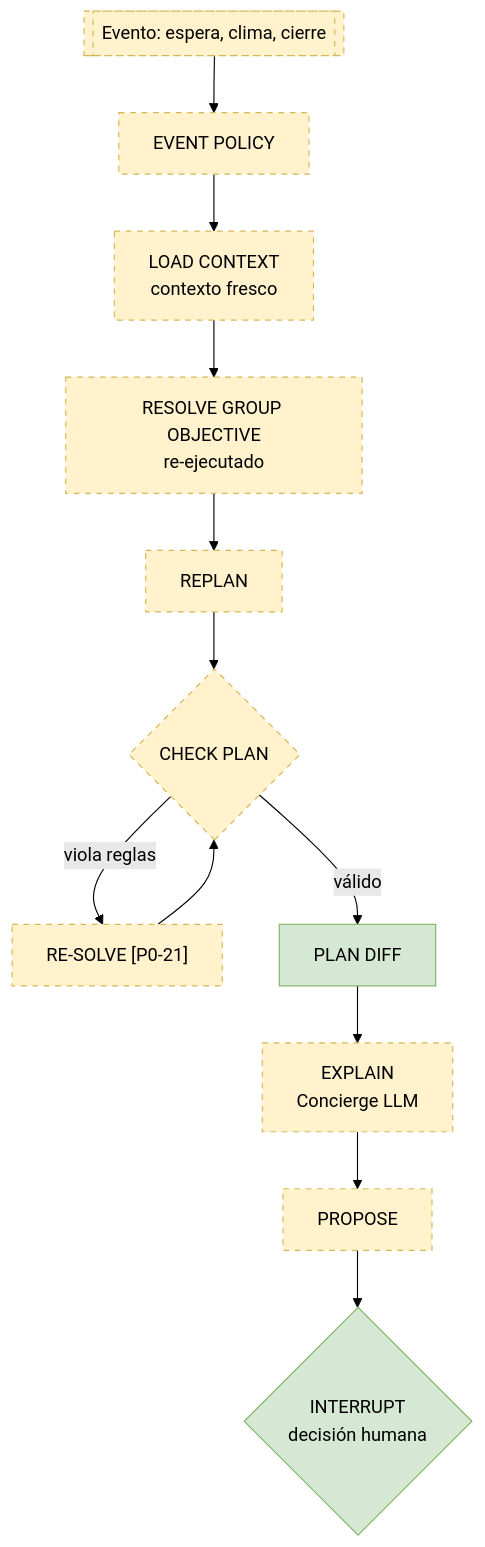
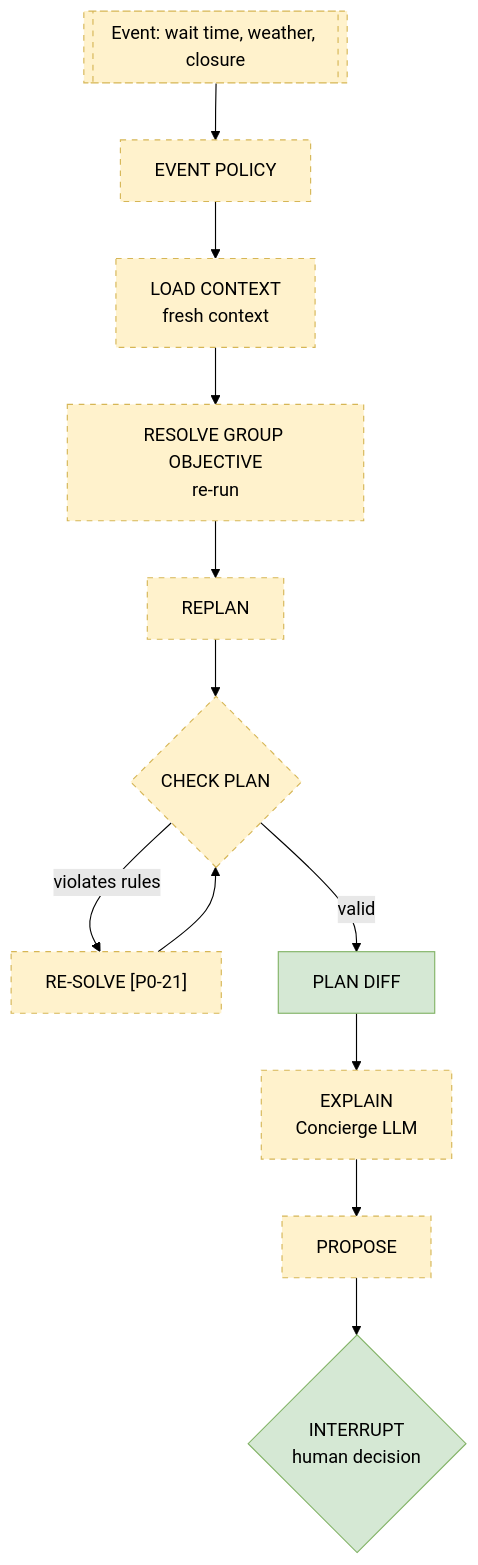
The fourth of 4 diagrams in docs/diagrams/agent-flow.md (andrea0727/parkmind-agentic-ai), drawn with Mermaid (forest theme) before and after one commit. The commit also changed other lines of this file and 2 other files, not shown here.

````diff
--- a/docs/diagrams/agent-flow.md
+++ b/docs/diagrams/agent-flow.md
@@ -79,17 +79,17 @@
 ```mermaid
 flowchart TD
-  EV[["Evento: espera, clima, cierre"]]:::target --> EP["EVENT POLICY"]:::target
-  EP --> LC["LOAD CONTEXT<br/>contexto fresco"]:::target
-  LC --> GO["RESOLVE GROUP OBJECTIVE<br/>re-ejecutado"]:::target
+  EV[["Event: wait time, weather, closure"]]:::target --> EP["EVENT POLICY"]:::target
+  EP --> LC["LOAD CONTEXT<br/>fresh context"]:::target
+  LC --> GO["RESOLVE GROUP OBJECTIVE<br/>re-run"]:::target
   GO --> RP["REPLAN"]:::target
   RP --> CP{"CHECK PLAN"}:::target
-  CP -- viola reglas --> RS["RE-SOLVE [P0-21]"]:::target
+  CP -- violates rules --> RS["RE-SOLVE [P0-21]"]:::target
   RS --> CP
-  CP -- válido --> PD["PLAN DIFF"]:::impl
+  CP -- valid --> PD["PLAN DIFF"]:::impl
   PD --> EX["EXPLAIN<br/>Concierge LLM"]:::target
   EX --> PR["PROPOSE"]:::target
-  PR --> IN{"INTERRUPT<br/>decisión humana"}:::impl
+  PR --> IN{"INTERRUPT<br/>human decision"}:::impl
 
   classDef impl fill:#d5e8d4,stroke:#82b366,color:#000
   classDef target fill:#fff2cc,stroke:#d6b656,stroke-dasharray:5 5,color:#000
 ```
````
